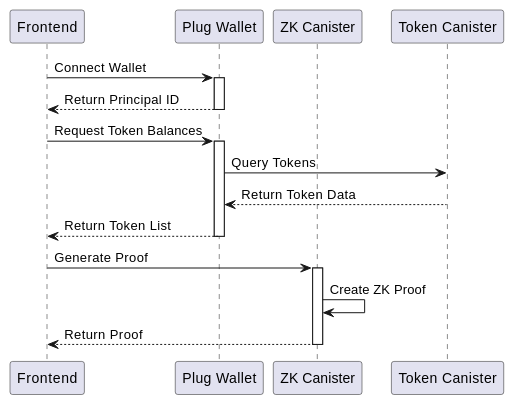
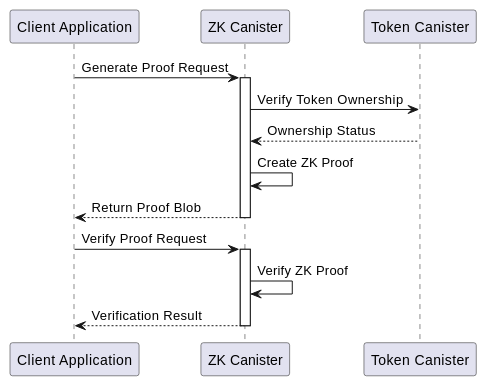
The first of 2 diagrams in docs/milestone1.md (gabrielrondon/ghost_dev), drawn with PlantUML before and after one commit. The commit also changed other lines of this file and 204 other files, not shown here.

````diff
--- a/docs/milestone1.md
+++ b/docs/milestone1.md
@@ -113,26 +345,21 @@
 ```plantuml
 @startuml
-participant "Frontend" as FE
-participant "Plug Wallet" as PW
+participant "Client Application" as CA
 participant "ZK Canister" as ZK
 participant "Token Canister" as TC
 
-FE -> PW: Connect Wallet
-activate PW
-PW --> FE: Return Principal ID
-deactivate PW
+CA -> ZK: Generate Proof Request
+activate ZK
+ZK -> TC: Verify Token Ownership
+TC --> ZK: Ownership Status
+ZK -> ZK: Create ZK Proof
+ZK --> CA: Return Proof Blob
+deactivate ZK
 
-FE -> PW: Request Token Balances
-activate PW
-PW -> TC: Query Tokens
-TC --> PW: Return Token Data
-PW --> FE: Return Token List
-deactivate PW
-
-FE -> ZK: Generate Proof
+CA -> ZK: Verify Proof Request
 activate ZK
-ZK -> ZK: Create ZK Proof
-ZK --> FE: Return Proof
+ZK -> ZK: Verify ZK Proof
+ZK --> CA: Verification Result
 deactivate ZK
 @enduml
 ```
````
